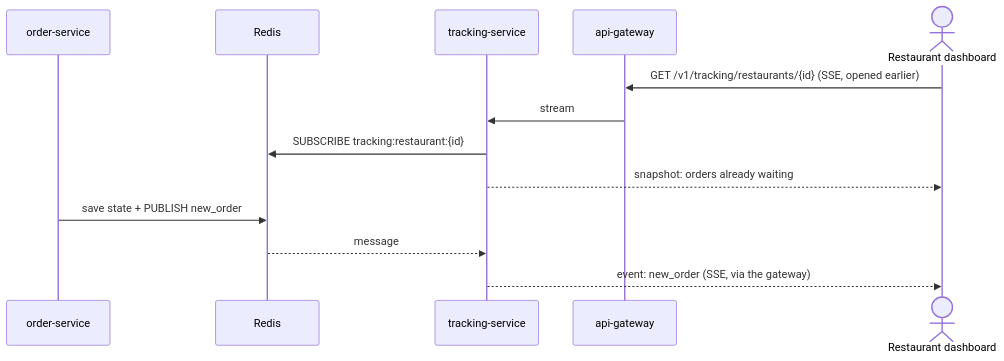
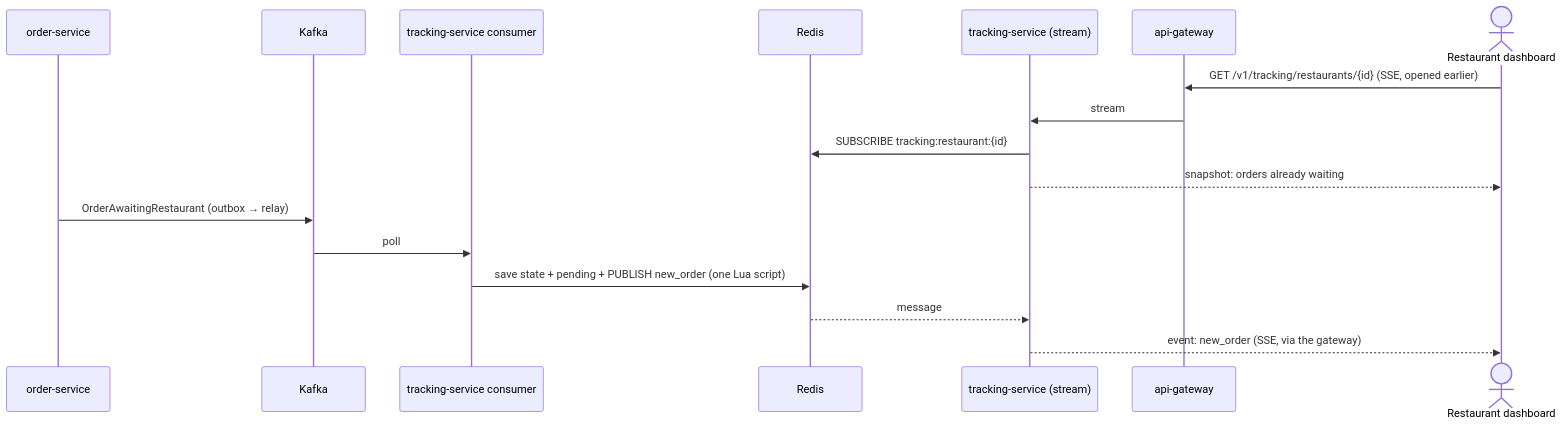
The sixth of 27 diagrams in docs/diagrams.md (umer-emumba/smartfoodops-ms), drawn with Mermaid before and after one commit. The commit also changed other lines of this file and 18 other files, not shown here.

````diff
--- a/docs/diagrams.md
+++ b/docs/diagrams.md
@@ -165,16 +174,20 @@
 ```mermaid
 sequenceDiagram
     participant OS as order-service
+    participant K as Kafka
+    participant TC as tracking-service consumer
     participant RD as Redis
-    participant TS as tracking-service
+    participant TS as tracking-service (stream)
     participant GW as api-gateway
     actor R as Restaurant dashboard
 
     R->>GW: GET /v1/tracking/restaurants/{id} (SSE, opened earlier)
     GW->>TS: stream
     TS->>RD: SUBSCRIBE tracking:restaurant:{id}
     TS-->>R: snapshot: orders already waiting
-    OS->>RD: save state + PUBLISH new_order
+    OS->>K: OrderAwaitingRestaurant (outbox → relay)
+    K->>TC: poll
+    TC->>RD: save state + pending + PUBLISH new_order (one Lua script)
     RD-->>TS: message
     TS-->>R: event: new_order (SSE, via the gateway)
 ```
````
